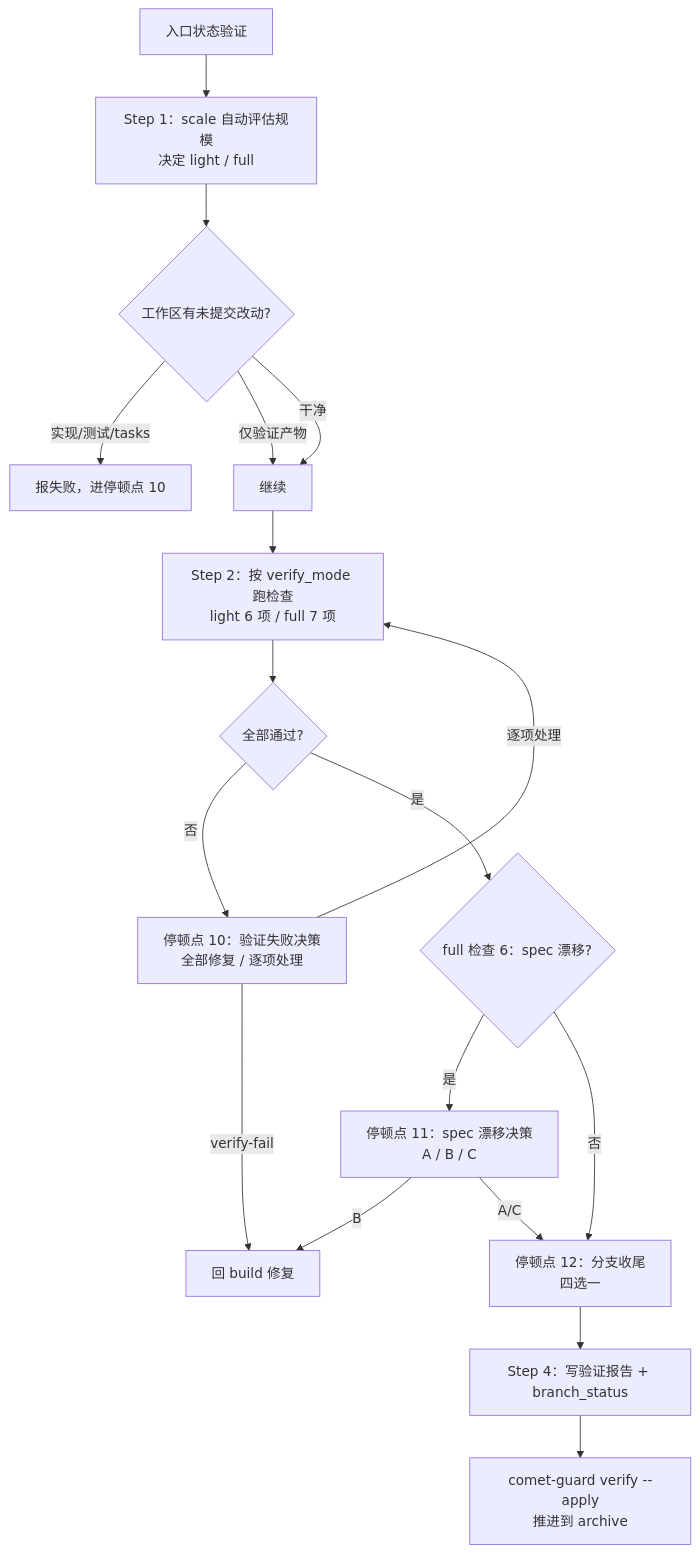
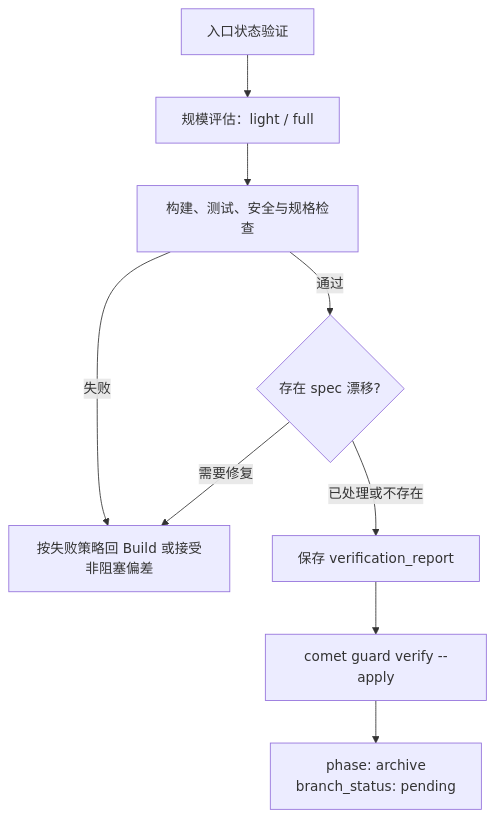
Before and after one commit to rpamis/comet-website-docs: the diagram in zh/phases/verify.mdx, drawn with Mermaid. The commit also changed other lines of this file and 21 other files, not shown here.

Commit message:
docs: update Classic archive delivery flow

````diff
--- a/zh/phases/verify.mdx
+++ b/zh/phases/verify.mdx
@@ -38,20 +22,11 @@
 ```mermaid
 flowchart TD
-    Entry["入口状态验证"] --> Scale["Step 1：scale 自动评估规模<br/>决定 light / full"]
-    Scale --> Dirty{"工作区有未提交改动?"}
-    Dirty -->|实现/测试/tasks| Fail1b["报失败，进停顿点 10"]
-    Dirty -->|仅验证产物| Cont["继续"]
-    Dirty -->|干净| Cont
-    Cont --> Check["Step 2：按 verify_mode 跑检查<br/>light 6 项 / full 7 项"]
-    Check --> Pass{"全部通过?"}
-    Pass -->|否| Stop1b["停顿点 10：验证失败决策<br/>全部修复 / 逐项处理"]
-    Pass -->|是| Drift{"full 检查 6：spec 漂移?"}
-    Stop1b -->|verify-fail| Build["回 build 修复"]
-    Stop1b -->|逐项处理| Check
-    Drift -->|是| Stop2b["停顿点 11：spec 漂移决策<br/>A / B / C"]
-    Drift -->|否| Stop3["停顿点 12：分支收尾<br/>四选一"]
-    Stop2b -->|B| Build
-    Stop2b -->|A/C| Stop3
-    Stop3 --> Record["Step 4：写验证报告 + branch_status"]
-    Record --> Exit["comet-guard verify --apply<br/>推进到 archive"]
+    Entry["入口状态验证"] --> Scale["规模评估：light / full"]
+    Scale --> Checks["构建、测试、安全与规格检查"]
+    Checks -->|失败| Repair["按失败策略回 Build 或接受非阻塞偏差"]
+    Checks -->|通过| Drift{"存在 spec 漂移?"}
+    Drift -->|需要修复| Repair
+    Drift -->|已处理或不存在| Report["保存 verification_report"]
+    Report --> Guard["comet guard verify --apply"]
+    Guard --> Archive["phase: archive<br/>branch_status: pending"]
 ```
````
